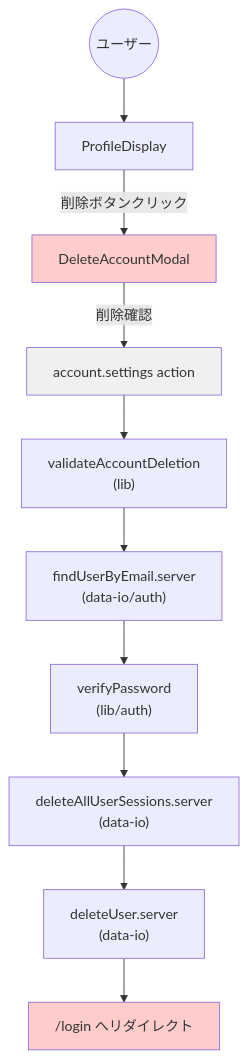
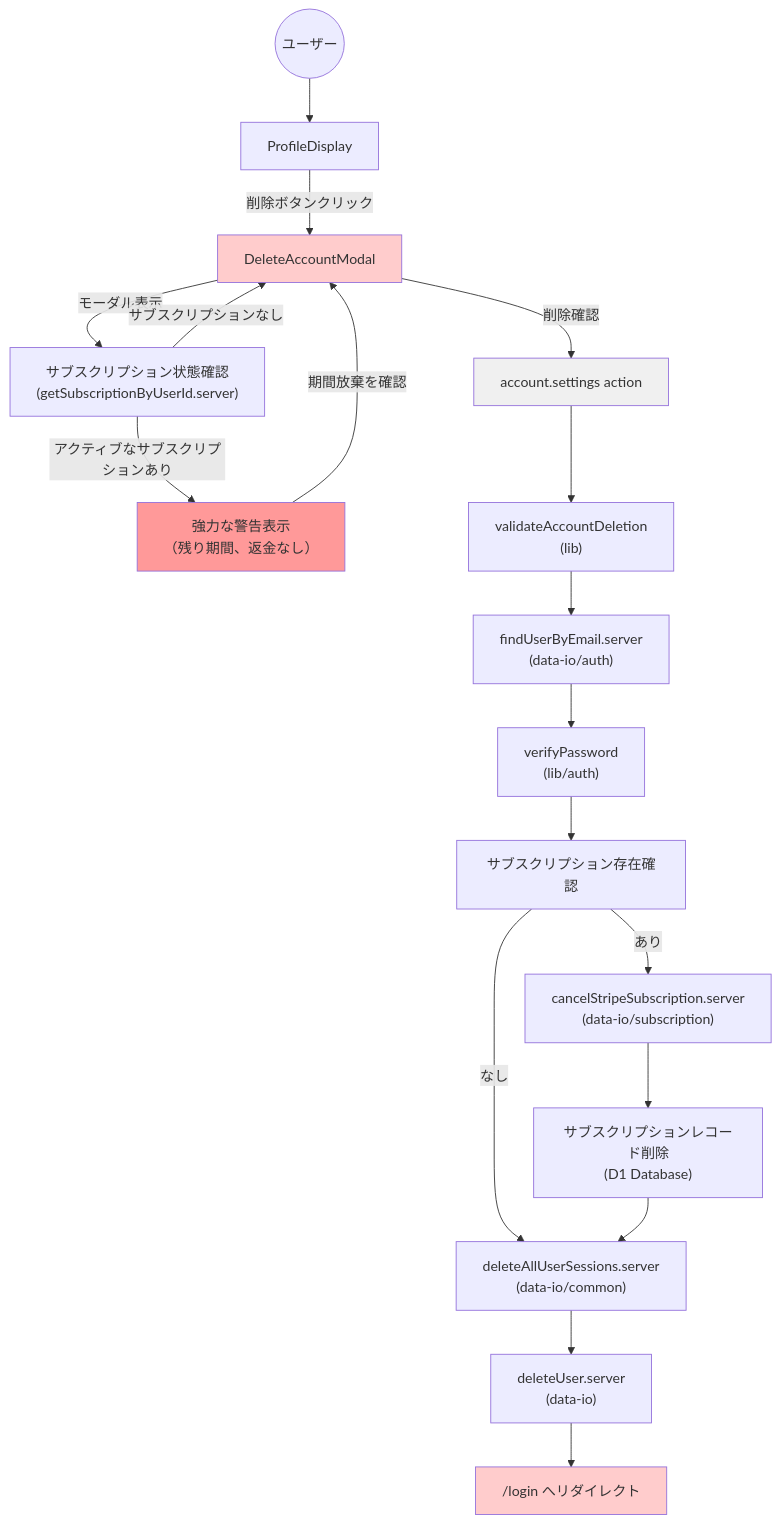
The third of 7 diagrams in develop/account/profile/data-flow-diagram.md (tezuka-Akihiro/ClaudeMix), drawn with Mermaid before and after one commit. The commit also changed 5 other files, not shown here.

````diff
--- a/develop/account/profile/data-flow-diagram.md
+++ b/develop/account/profile/data-flow-diagram.md
@@ -56,17 +56,28 @@
 ```mermaid
 graph TD
     User((ユーザー)) --> ProfileDisplay["ProfileDisplay"]
     ProfileDisplay -- "削除ボタンクリック" --> DeleteModal["DeleteAccountModal"]
+    DeleteModal -- "モーダル表示" --> CheckSub["サブスクリプション状態確認<br/>(getSubscriptionByUserId.server)"]
+
+    CheckSub -- "アクティブなサブスクリプションあり" --> ShowWarning["強力な警告表示<br/>（残り期間、返金なし）"]
+    CheckSub -- "サブスクリプションなし" --> DeleteModal
+    ShowWarning -- "期間放棄を確認" --> DeleteModal
+
     DeleteModal -- "削除確認" --> Action["account.settings action"]
 
     Action --> Validate["validateAccountDeletion<br/>(lib)"]
     Validate --> FindUser["findUserByEmail.server<br/>(data-io/auth)"]
     FindUser --> VerifyPwd["verifyPassword<br/>(lib/auth)"]
-    VerifyPwd --> DeleteSessions["deleteAllUserSessions.server<br/>(data-io)"]
+    VerifyPwd --> CheckSubAgain["サブスクリプション存在確認"]
+    CheckSubAgain -- "あり" --> CancelStripe["cancelStripeSubscription.server<br/>(data-io/subscription)"]
+    CancelStripe --> DeleteSubRecord["サブスクリプションレコード削除<br/>(D1 Database)"]
+    CheckSubAgain -- "なし" --> DeleteSessions["deleteAllUserSessions.server<br/>(data-io/common)"]
+    DeleteSubRecord --> DeleteSessions
     DeleteSessions --> DeleteUser["deleteUser.server<br/>(data-io)"]
     DeleteUser --> Redirect["/login へリダイレクト"]
 
     style DeleteModal fill:#ffcccc
+    style ShowWarning fill:#ff9999
     style Action fill:#f0f0f0
     style Redirect fill:#ffcccc
 ```
````
